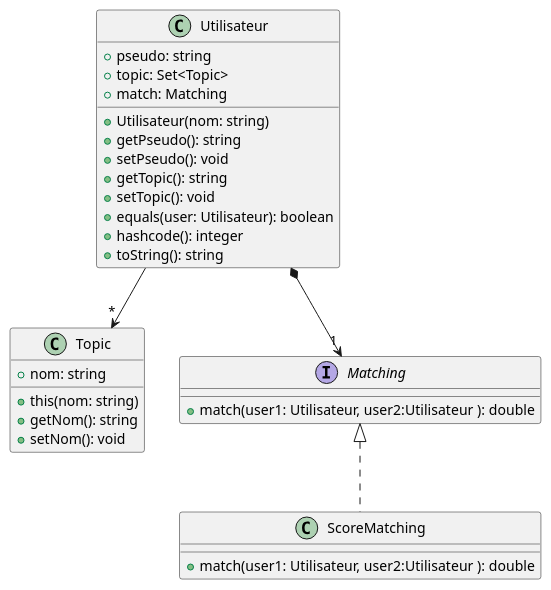
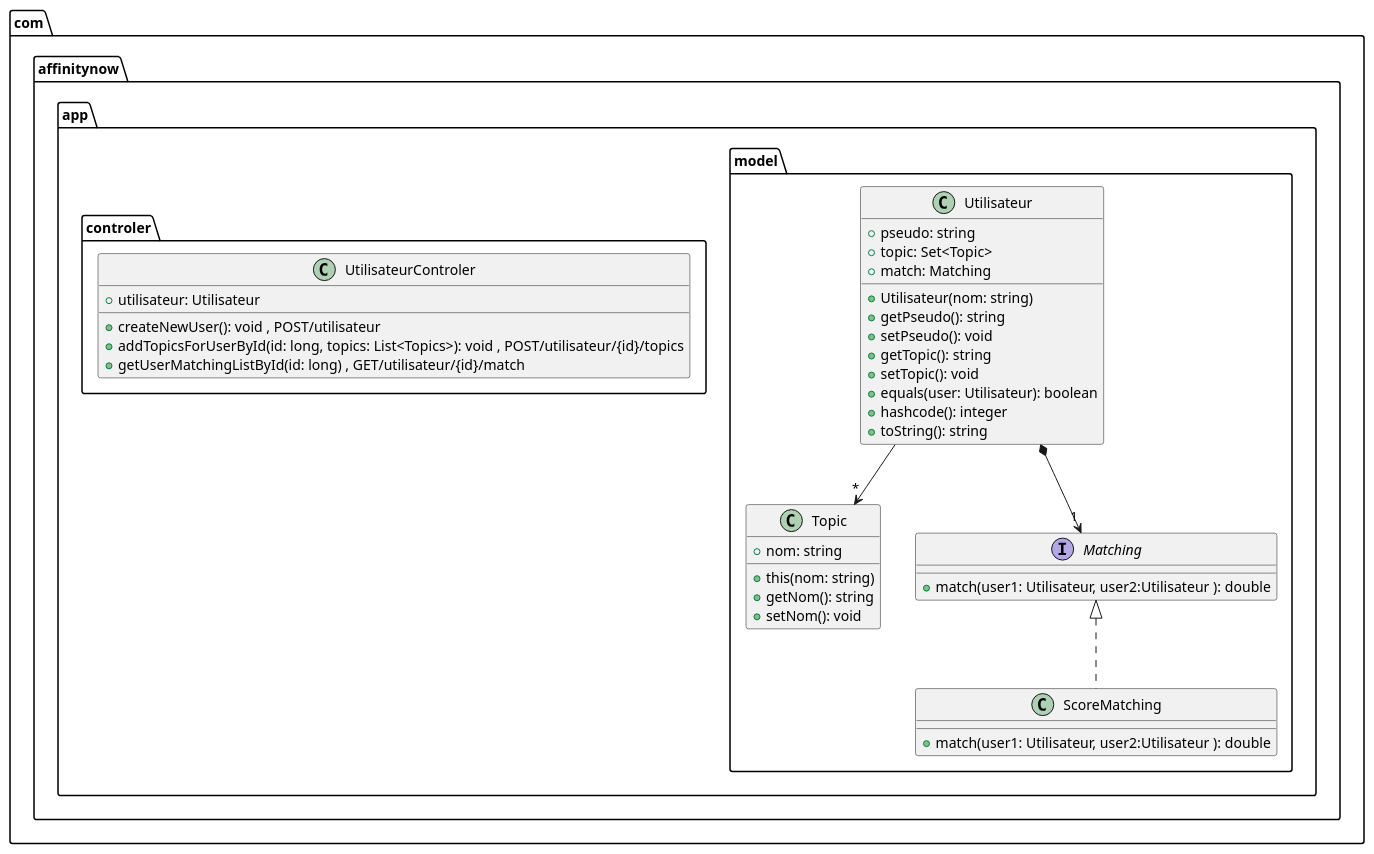
The diagram in src/docs/puml/Project.puml (AffinityNow/AffinityNow), drawn with PlantUML before and after one commit. The commit also changed 3 other files, not shown here.

```diff
--- a/src/docs/puml/Project.puml
+++ b/src/docs/puml/Project.puml
@@ -1,36 +1,50 @@
 @startuml diagram
 
-class Utilisateur {
-    + pseudo: string
-    + topic: Set<Topic>
-    + match: Matching
-    + Utilisateur(nom: string)
-    + getPseudo(): string
-    + setPseudo(): void
-    + getTopic(): string
-    + setTopic(): void
-    + equals(user: Utilisateur): boolean
-    + hashcode(): integer
-    + toString(): string
+package com.affinitynow.app {
+    package model {
+        class Utilisateur {
+            + pseudo: string
+            + topic: Set<Topic>
+            + match: Matching
+            + Utilisateur(nom: string)
+            + getPseudo(): string
+            + setPseudo(): void
+            + getTopic(): string
+            + setTopic(): void
+            + equals(user: Utilisateur): boolean
+            + hashcode(): integer
+            + toString(): string
+        }
+
+        class Topic {
+            + nom: string
+            + this(nom: string)
+            + getNom(): string
+            + setNom(): void
+        }
+
+        interface Matching {
+            + match(user1: Utilisateur, user2:Utilisateur ): double
+        }
+
+        class ScoreMatching implements Matching {
+            + match(user1: Utilisateur, user2:Utilisateur ): double
+        }
+    }
+
+    package controler {
+        class UtilisateurControler {
+            + utilisateur: Utilisateur
+            + createNewUser(): void , POST/utilisateur
+            + addTopicsForUserById(id: long, topics: List<Topics>): void , POST/utilisateur/{id}/topics
+            + getUserMatchingListById(id: long) , GET/utilisateur/{id}/match
+        }
+    }
 }
 
-class Topic {
-    + nom: string
-    + this(nom: string)
-    + getNom(): string
-    + setNom(): void
-}
-
-interface Matching {
-    + match(user1: Utilisateur, user2:Utilisateur ): double
-}
-
-class ScoreMatching implements Matching {
-    + match(user1: Utilisateur, user2:Utilisateur ): double
-}
 
 
 Utilisateur *--> "1" Matching
 Utilisateur --> "*" Topic
 
 @enduml
```
